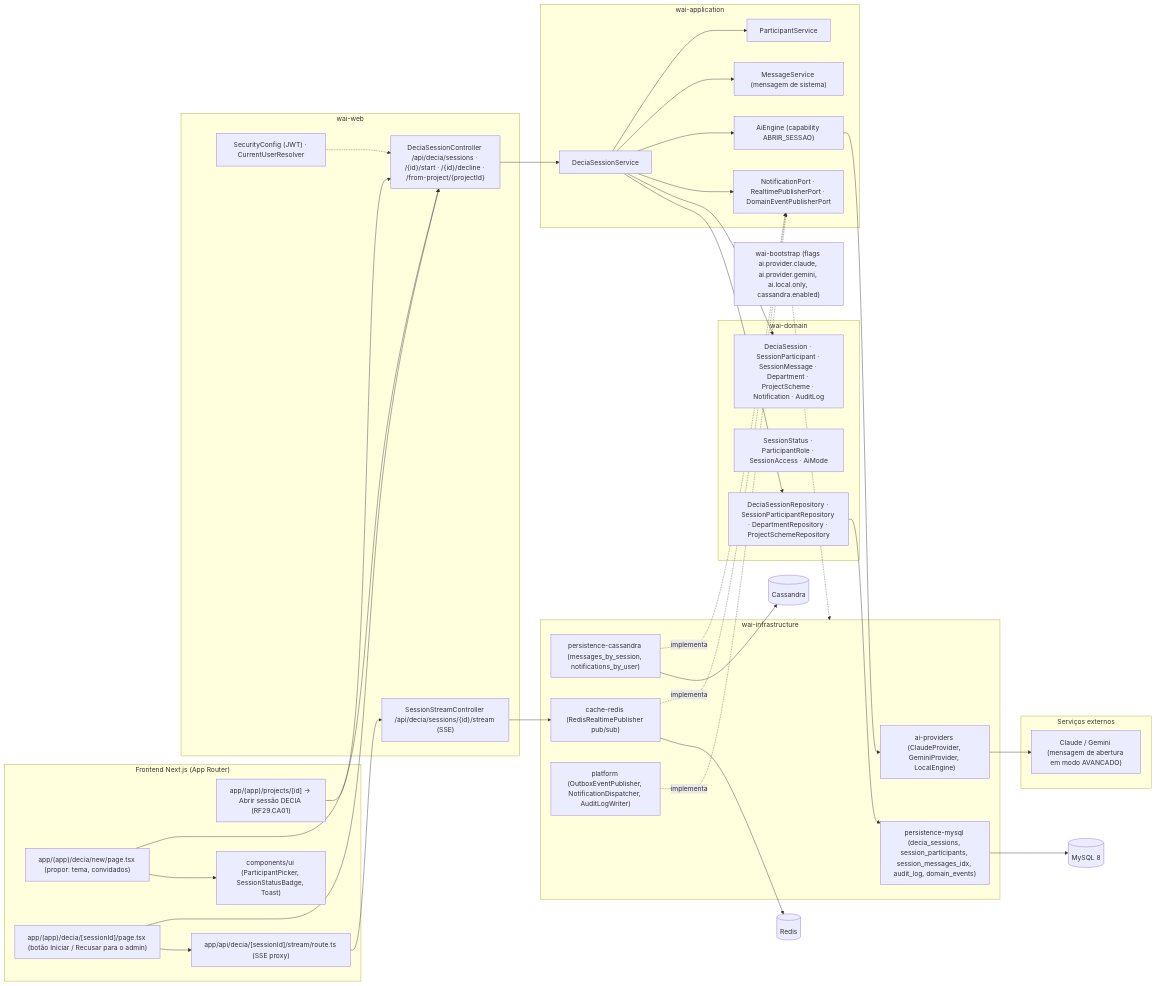
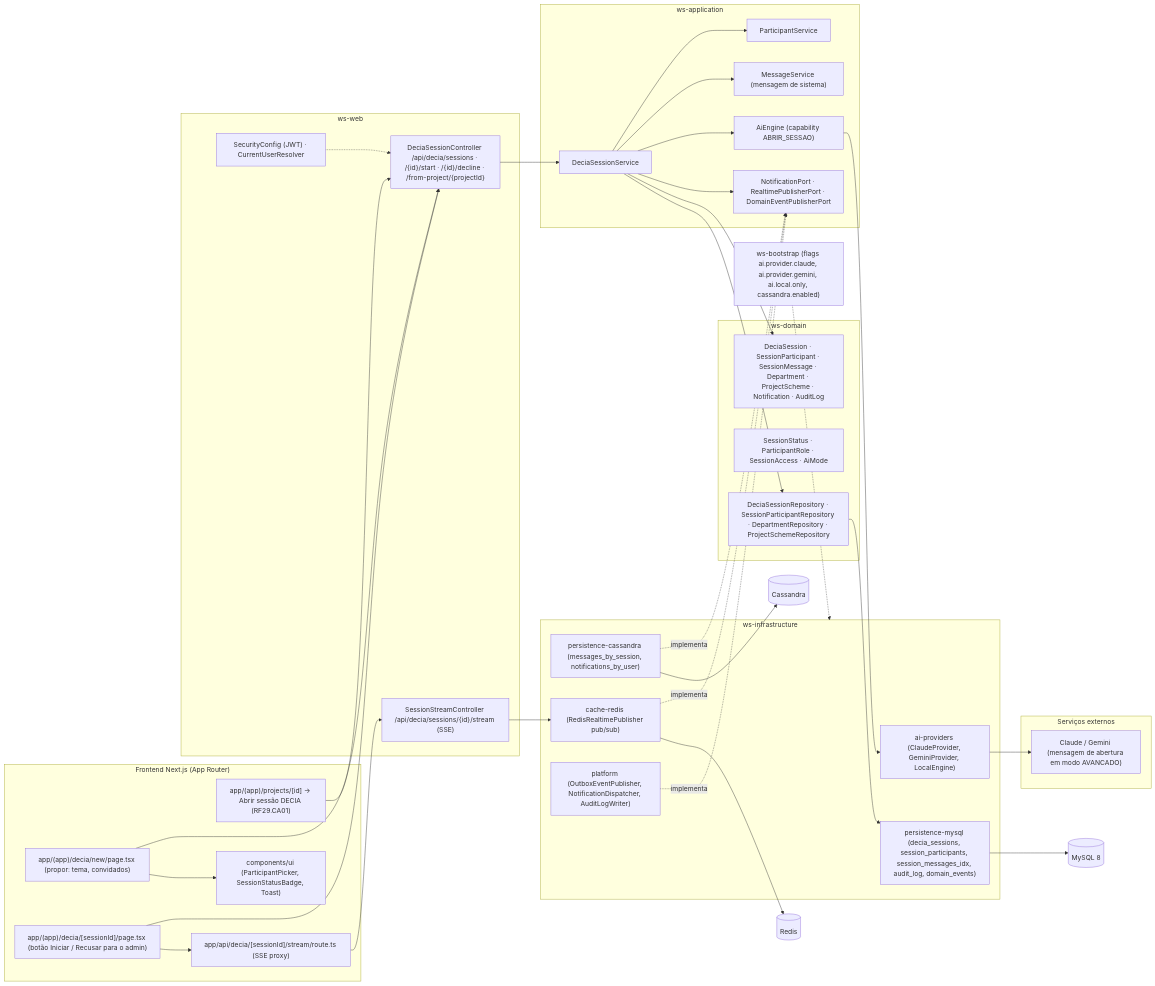
One commit to MatheusHaliski/Decia-app-2026 changed the fifth of 5 diagrams in docs/diagramas/RF5/README.md. Above: the diagram before and after it, drawn with Mermaid. The commit also changed other lines of this file and 65 other files, not shown here.

First line of the commit message:
docs: renomeia o produto para Work Station (módulos ws-*), UserPreferences no diagrama v1, RF44/RF45 ajustados, design system (tokens, components.css, 66 ícones, 112 anatomias SVG, galeria e capturas) e dúvidas Q-36..Q-43

````diff
--- a/docs/diagramas/RF5/README.md
+++ b/docs/diagramas/RF5/README.md
@@ -388,72 +388,72 @@
 ```mermaid
 flowchart LR
   subgraph FE["Frontend Next.js (App Router)"]
     FE1["app/(app)/decia/new/page.tsx (propor: tema, convidados)"]
     FE2["app/(app)/decia/[sessionId]/page.tsx (botão Iniciar / Recusar para o admin)"]
     FE3["app/(app)/projects/[id] → Abrir sessão DECIA (RF29.CA01)"]
     FE4["app/api/decia/[sessionId]/stream/route.ts (SSE proxy)"]
     FE5["components/ui (ParticipantPicker, SessionStatusBadge, Toast)"]
   end
 
-  subgraph WEB["wai-web"]
+  subgraph WEB["ws-web"]
     W1["DeciaSessionController /api/decia/sessions · /{id}/start · /{id}/decline · /from-project/{projectId}"]
     W2["SessionStreamController /api/decia/sessions/{id}/stream (SSE)"]
     W3["SecurityConfig (JWT) · CurrentUserResolver"]
   end
 
-  subgraph APP["wai-application"]
+  subgraph APP["ws-application"]
     S1["DeciaSessionService"]
     S2["ParticipantService"]
     S3["MessageService (mensagem de sistema)"]
     S4["AiEngine (capability ABRIR_SESSAO)"]
     P1["NotificationPort · RealtimePublisherPort · DomainEventPublisherPort"]
   end
 
-  subgraph DOM["wai-domain"]
+  subgraph DOM["ws-domain"]
     D1["DeciaSession · SessionParticipant · SessionMessage · Department · ProjectScheme · Notification · AuditLog"]
     D2["SessionStatus · ParticipantRole · SessionAccess · AiMode"]
     D3["DeciaSessionRepository · SessionParticipantRepository · DepartmentRepository · ProjectSchemeRepository"]
   end
 
-  subgraph INFRA["wai-infrastructure"]
+  subgraph INFRA["ws-infrastructure"]
     I1["persistence-mysql (decia_sessions, session_participants, session_messages_idx, audit_log, domain_events)"]
     I2["persistence-cassandra (messages_by_session, notifications_by_user)"]
     I3["cache-redis (RedisRealtimePublisher pub/sub)"]
     I4["ai-providers (ClaudeProvider, GeminiProvider, LocalEngine)"]
     I5["platform (OutboxEventPublisher, NotificationDispatcher, AuditLogWriter)"]
   end
 
   subgraph EXT["Serviços externos"]
     X1["Claude / Gemini (mensagem de abertura em modo AVANCADO)"]
   end
 
   MY[("MySQL 8")]
   CA[("Cassandra")]
   RD[("Redis")]
 
   FE1 --> W1
   FE2 --> W1
   FE3 --> W1
   FE2 --> FE4
   FE4 --> W2
   FE1 --> FE5
   W3 -.-> W1
   W1 --> S1
   S1 --> S2
   S1 --> S3
   S1 --> S4
   S1 --> P1
   S1 --> D1
   S1 --> D3
   S4 --> I4
   I4 --> X1
   I2 -.->|implementa| P1
   I3 -.->|implementa| P1
   I5 -.->|implementa| P1
   W2 --> I3
   D3 --> I1
   I1 --> MY
   I2 --> CA
   I3 --> RD
-  BOOT["wai-bootstrap (flags ai.provider.claude, ai.provider.gemini, ai.local.only, cassandra.enabled)"] -.-> INFRA
+  BOOT["ws-bootstrap (flags ai.provider.claude, ai.provider.gemini, ai.local.only, cassandra.enabled)"] -.-> INFRA
 ```
````
